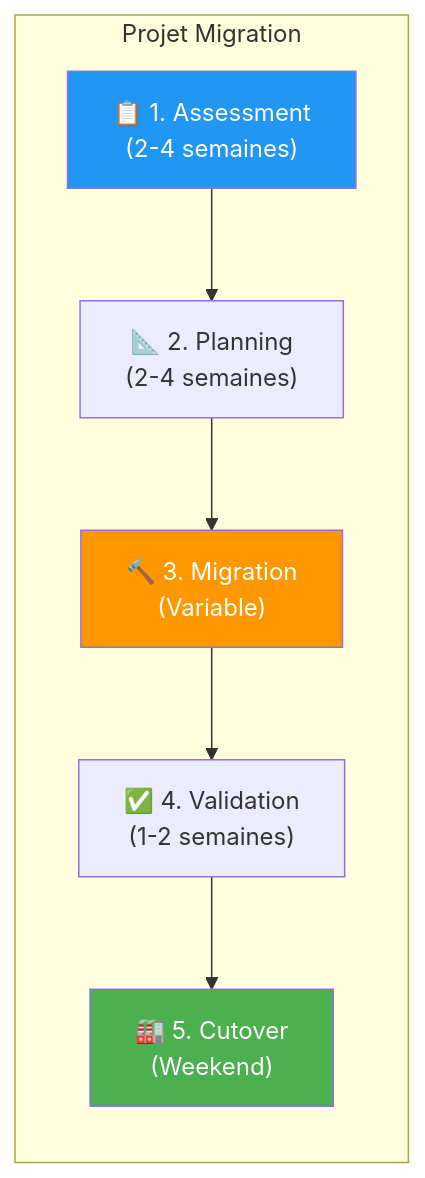
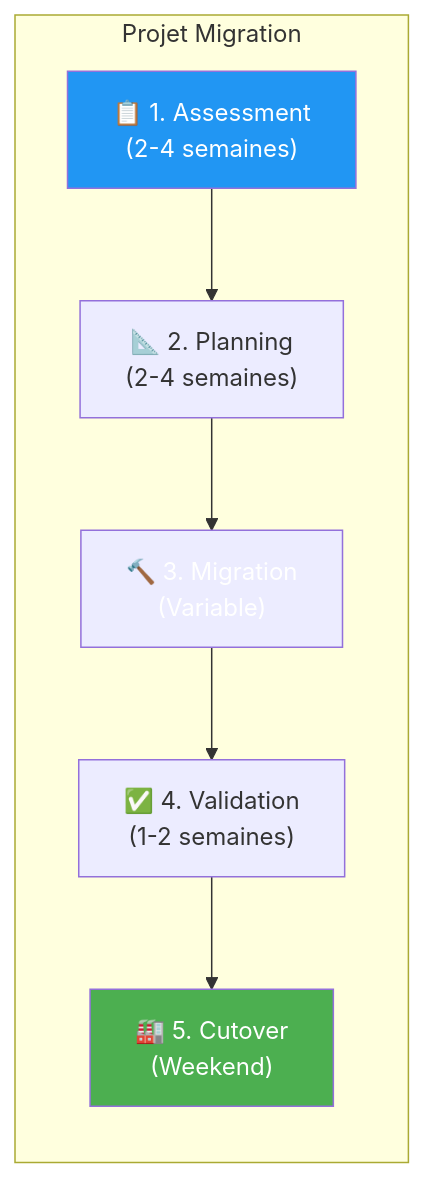
The eighth of 15 diagrams in docs/formations/cloud-fundamentals/11-module.md (VBlackJack/ShellBook), drawn with Mermaid before and after one commit. The commit also changed other lines of this file and 337 other files, not shown here.

First line of the commit message:
refactor(docs): Standardize code blocks and Mermaid colors

````diff
--- a/docs/formations/cloud-fundamentals/11-module.md
+++ b/docs/formations/cloud-fundamentals/11-module.md
@@ -256,16 +256,16 @@
 ```mermaid
 graph LR
     subgraph "Projet Migration"
         P1["📋 1. Assessment<br/>(2-4 semaines)"]
         P2["📐 2. Planning<br/>(2-4 semaines)"]
         P3["🔨 3. Migration<br/>(Variable)"]
         P4["✅ 4. Validation<br/>(1-2 semaines)"]
         P5["🏭 5. Cutover<br/>(Weekend)"]
     end
 
     P1 --> P2 --> P3 --> P4 --> P5
 
     style P1 fill:#2196f3,color:#fff
-    style P3 fill:#ff9800,color:#fff
+    style P3 fill:#FF9800800800,color:#fff
     style P5 fill:#4caf50,color:#fff
 ```
````
